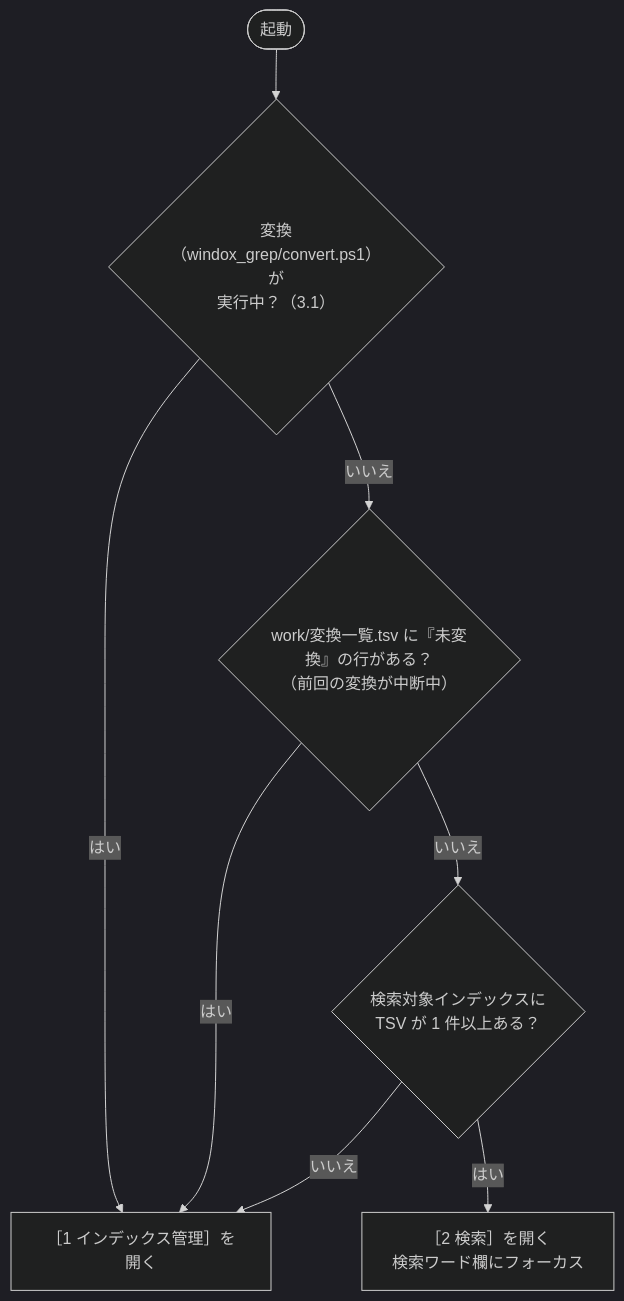
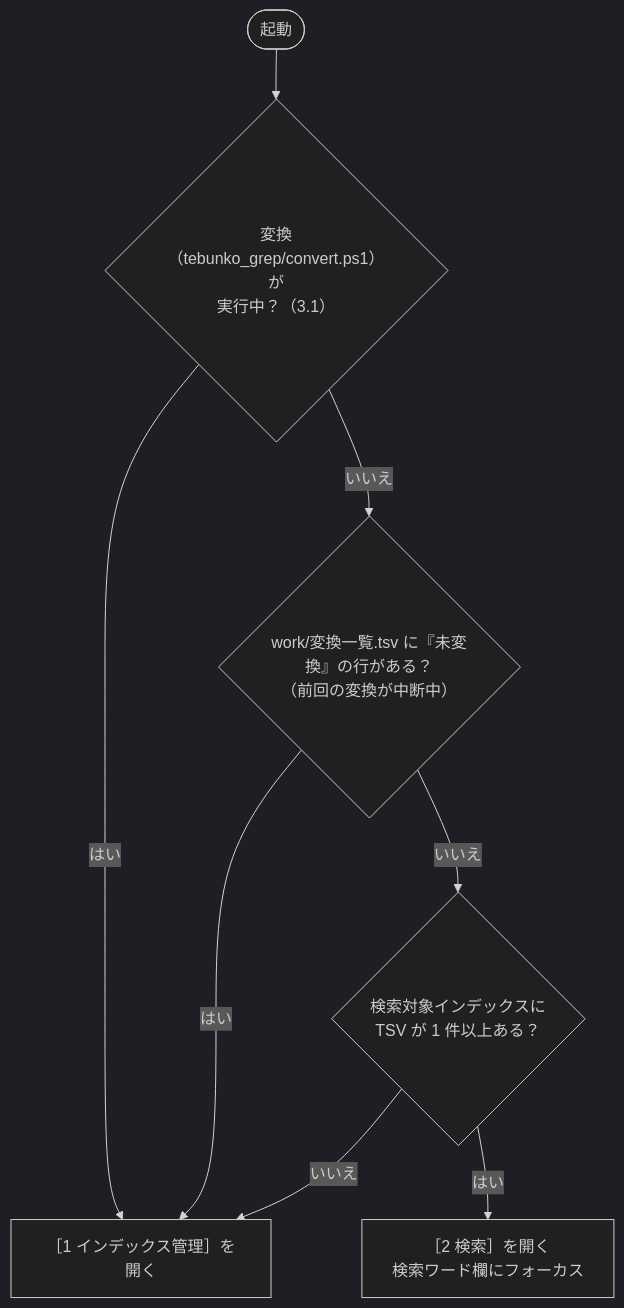
One commit to hsgwa/tebunko changed the diagram in docs/03_画面.md. Above: the diagram before and after it, drawn with Mermaid (dark theme). The commit also changed other lines of this file and 108 other files, not shown here.

First line of the commit message:
リポジトリ名を tebunko にし、ツール名を tebunko_grep へ改める

````diff
--- a/docs/03_画面.md
+++ b/docs/03_画面.md
@@ -97,10 +97,10 @@
 ```mermaid
 flowchart TD
-    S(["起動"]) --> R{"変換（windox_grep/convert.ps1）が<br>実行中？（3.1）"}
+    S(["起動"]) --> R{"変換（tebunko_grep/convert.ps1）が<br>実行中？（3.1）"}
     R -- はい --> T1
     R -- いいえ --> A{"work/変換一覧.tsv に『未変換』の行がある？<br>（前回の変換が中断中）"}
     A -- はい --> T1["［1 インデックス管理］を開く"]
     A -- いいえ --> B{"検索対象インデックスに<br>TSV が 1 件以上ある？"}
     B -- いいえ --> T1
     B -- はい --> T2["［2 検索］を開く<br>検索ワード欄にフォーカス"]
 ```
````
